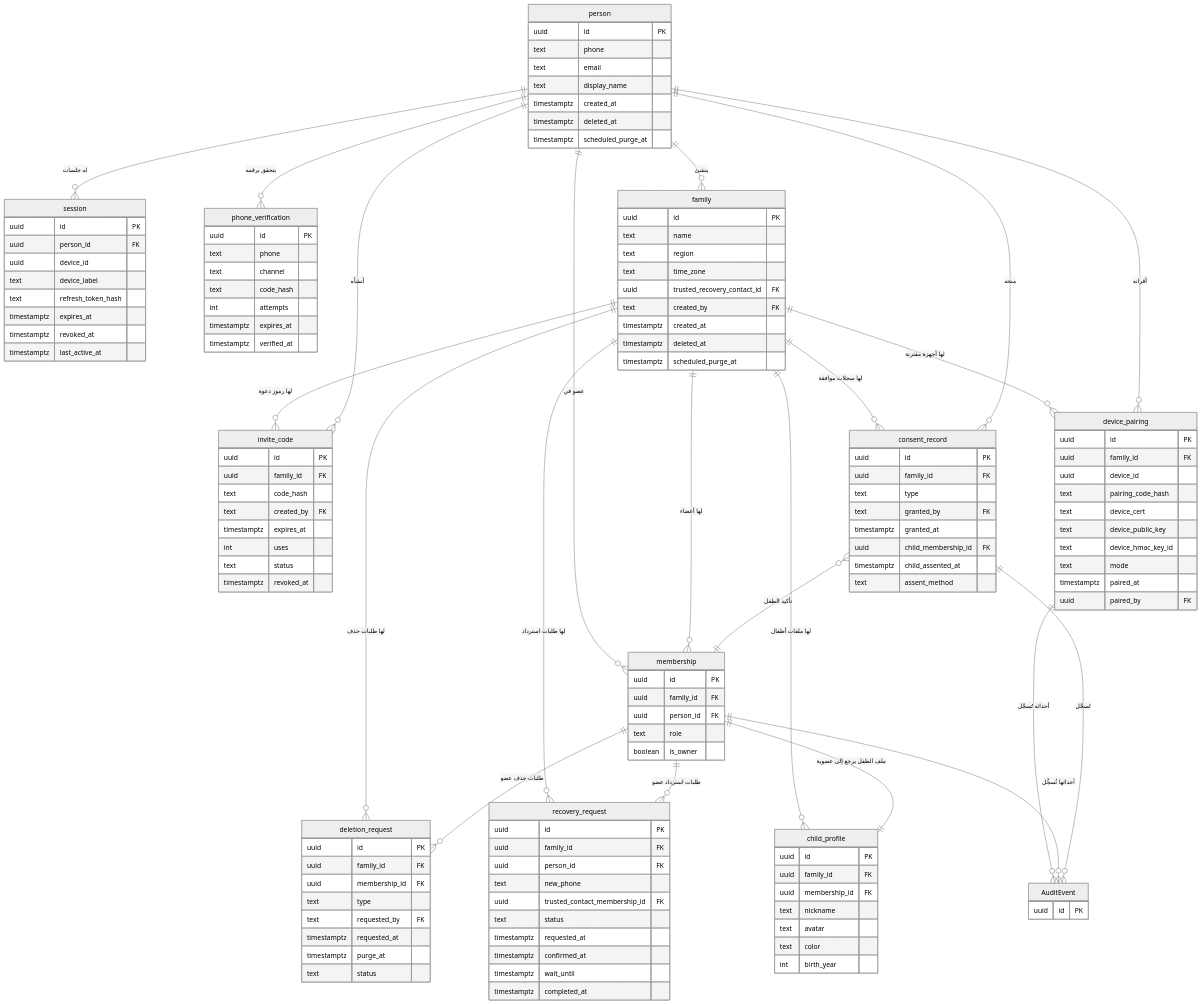
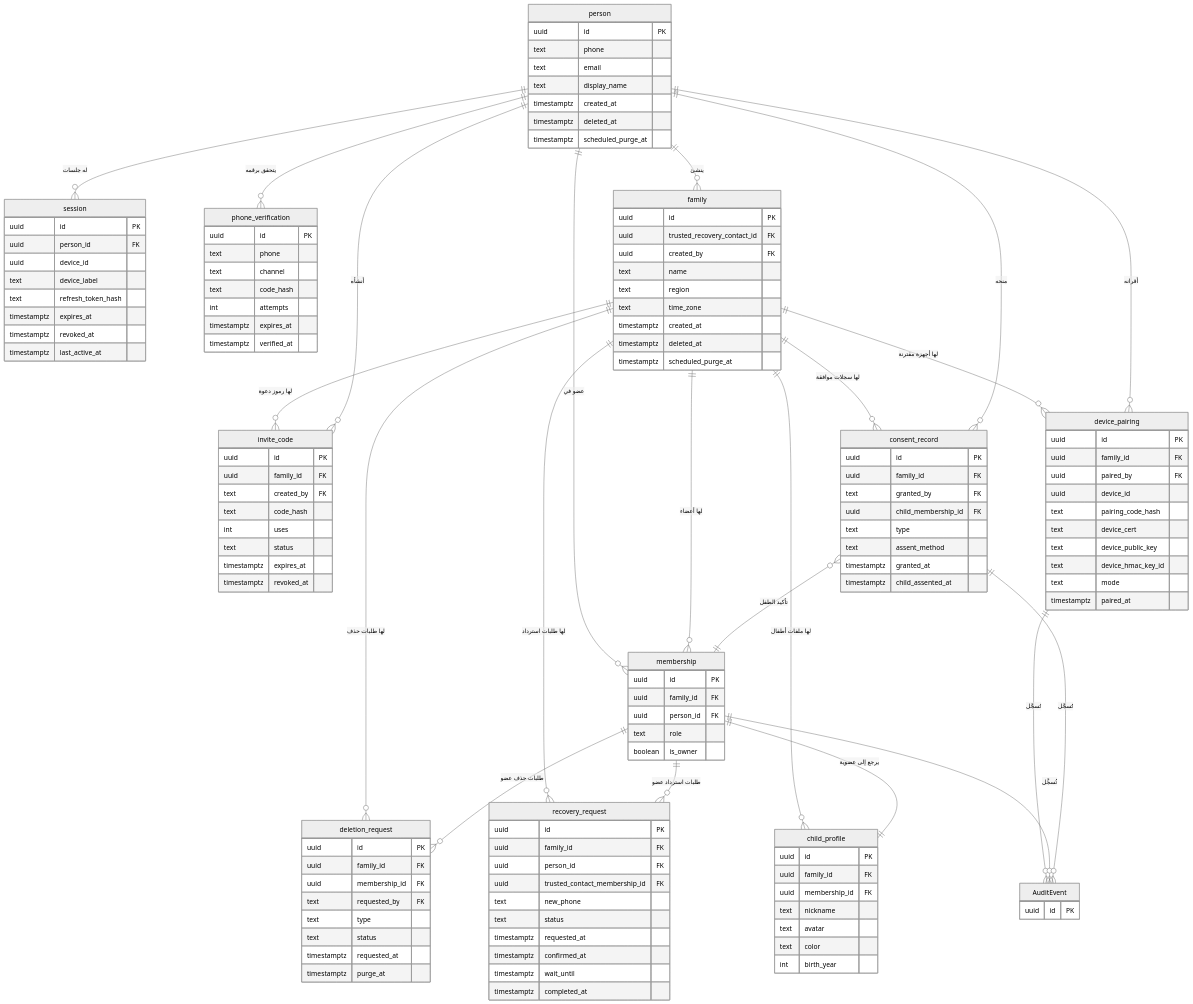
One commit to Bassam-mohammed-alqaeadi/family-os-v2 changed the fourth of 36 diagrams in docs/family-os/governance/phases/phase-1/S1-02-identity-and-onboarding/DIAGRAMS.md. Above: the diagram before and after it, drawn with Mermaid (neutral theme). The commit also changed other lines of this file, not shown here.

```diff
--- a/docs/family-os/governance/phases/phase-1/S1-02-identity-and-onboarding/DIAGRAMS.md
+++ b/docs/family-os/governance/phases/phase-1/S1-02-identity-and-onboarding/DIAGRAMS.md
@@ -112,12 +161,12 @@
     membership ||--o{ deletion_request : "طلبات حذف عضو"
     membership ||--o{ recovery_request : "طلبات استرداد عضو"
     consent_record }o--|| membership : "تأكيد الطفل"
-    membership ||--|| child_profile : "ملف الطفل يرجع إلى عضوية"
+    membership ||--|| child_profile : "يرجع إلى عضوية"
     invite_code }o--|| person : "أنشأه"
     device_pairing }o--|| person : "أقرانه"
     consent_record }o--|| person : "منحه"
-    device_pairing ||--o{ AuditEvent : "أحداثه تُسجَّل"
-    membership ||--o{ AuditEvent : "أحداثها تُسجَّل"
+    device_pairing ||--o{ AuditEvent : "تُسجَّل"
+    membership ||--o{ AuditEvent : "تُسجَّل"
     consent_record ||--o{ AuditEvent : "تُسجَّل"
 
     person {
@@ -150,11 +199,11 @@
     }
     family {
         uuid id PK
+        uuid trusted_recovery_contact_id FK
+        uuid created_by FK
         text name
         text region
         text time_zone
-        uuid trusted_recovery_contact_id FK
-        text created_by FK
         timestamptz created_at
         timestamptz deleted_at
         timestamptz scheduled_purge_at
@@ -170,11 +219,11 @@
     invite_code {
         uuid id PK
         uuid family_id FK
+        text created_by FK
         text code_hash
-        text created_by FK
-        timestamptz expires_at
         int uses
         text status
+        timestamptz expires_at
         timestamptz revoked_at
     }
     child_profile {
@@ -189,6 +238,7 @@
     device_pairing {
         uuid id PK
         uuid family_id FK
+        uuid paired_by FK
         uuid device_id
         text pairing_code_hash
         text device_cert
@@ -196,24 +246,23 @@
         text device_hmac_key_id
         text mode
         timestamptz paired_at
-        uuid paired_by FK
     }
     consent_record {
         uuid id PK
         uuid family_id FK
+        text granted_by FK
+        uuid child_membership_id FK
         text type
-        text granted_by FK
+        text assent_method
         timestamptz granted_at
-        uuid child_membership_id FK
         timestamptz child_assented_at
-        text assent_method
     }
     recovery_request {
         uuid id PK
         uuid family_id FK
         uuid person_id FK
+        uuid trusted_contact_membership_id FK
         text new_phone
-        uuid trusted_contact_membership_id FK
         text status
         timestamptz requested_at
         timestamptz confirmed_at
@@ -224,12 +273,11 @@
         uuid id PK
         uuid family_id FK
         uuid membership_id FK
-        %% membership_id فارغ لحذف العائلة (Q-166)
+        text requested_by FK
         text type
-        text requested_by FK
+        text status
         timestamptz requested_at
         timestamptz purge_at
-        text status
     }
     AuditEvent {
         uuid id PK
```
